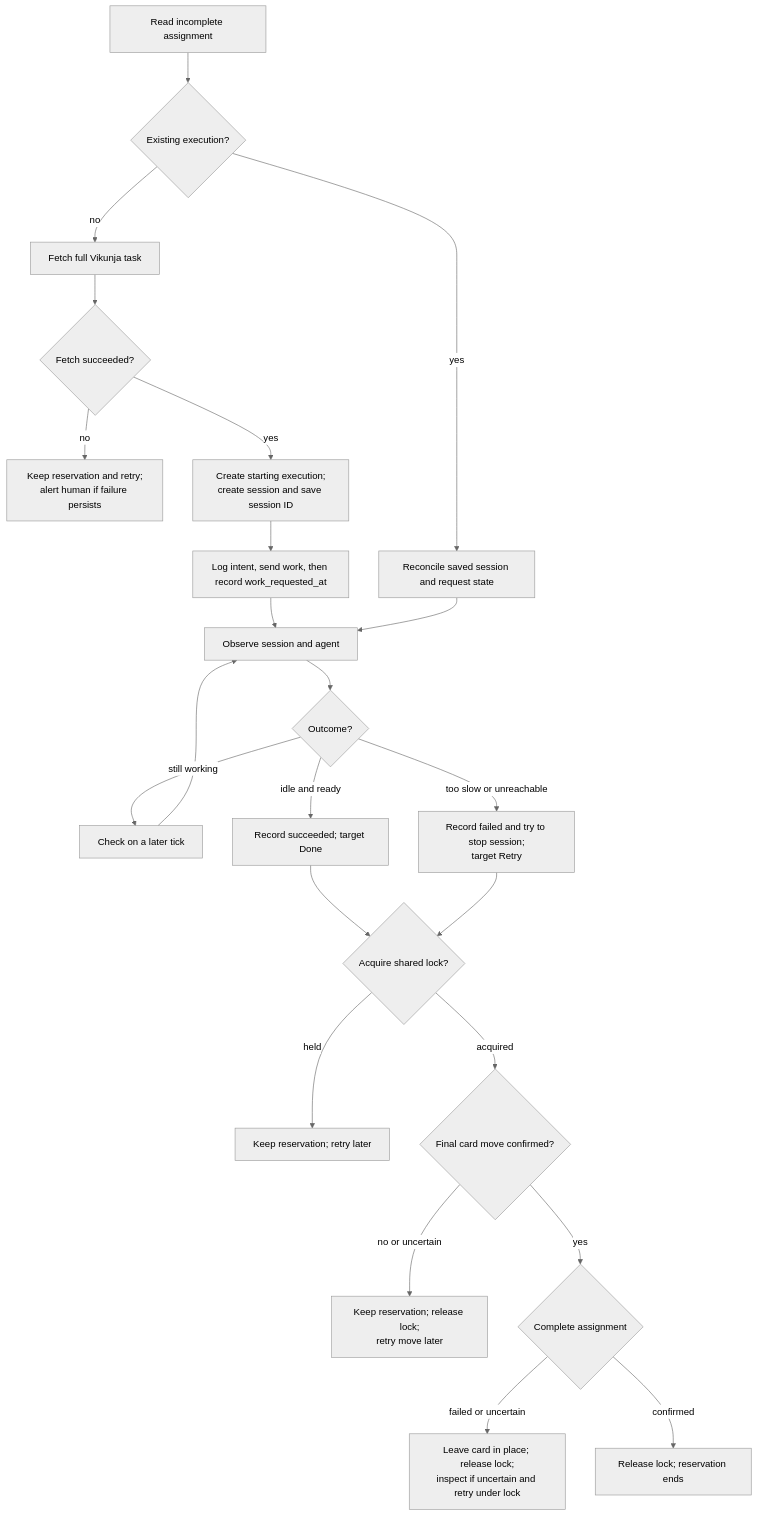
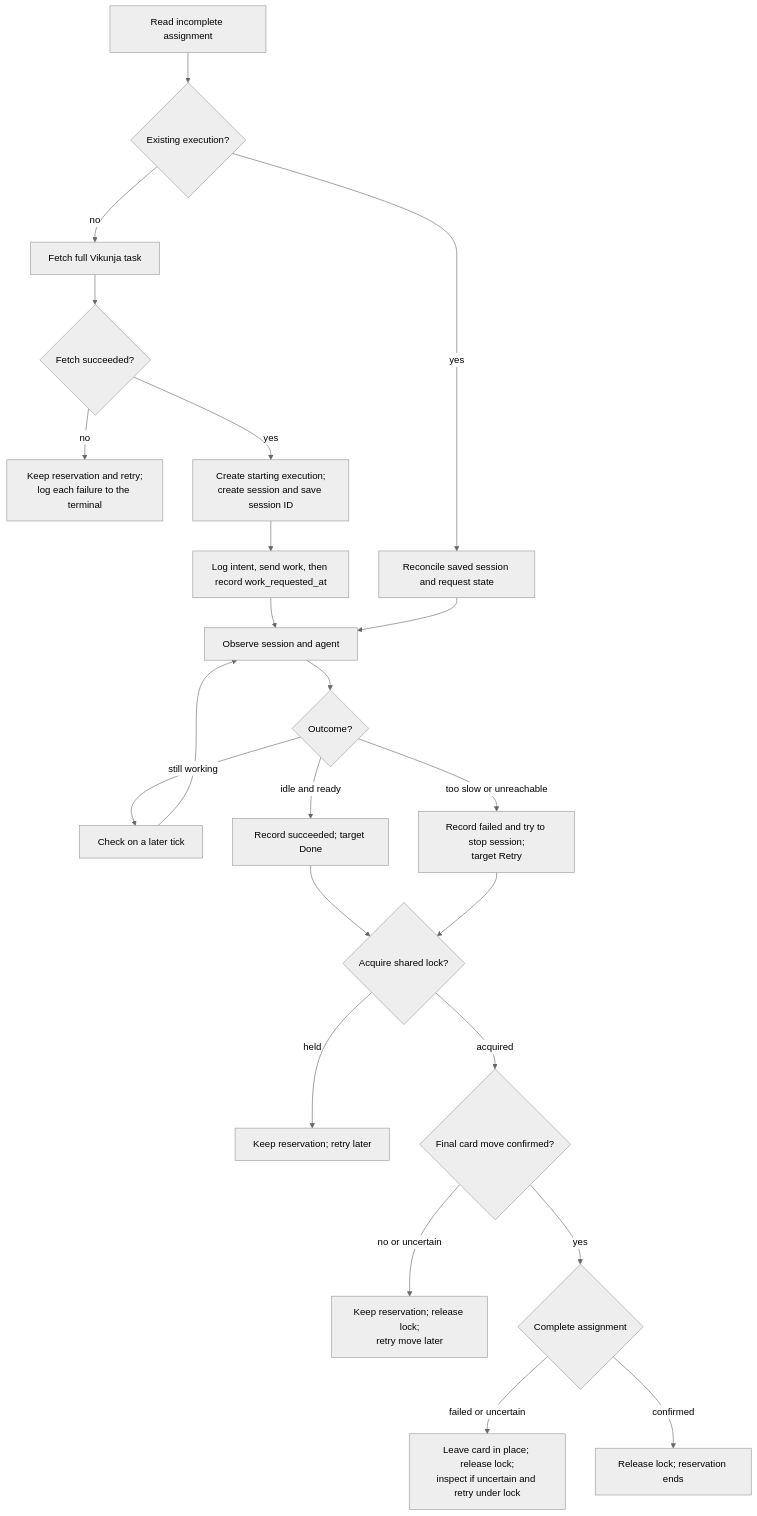
Before and after one commit to lgdelacruz92/agent-team: the second of 3 diagrams in agent-team/apps/agent-resource-manager/docs/flowchart.md, drawn with Mermaid (neutral theme). The commit also changed 10 other files, not shown here.

````diff
--- a/agent-team/apps/agent-resource-manager/docs/flowchart.md
+++ b/agent-team/apps/agent-resource-manager/docs/flowchart.md
@@ -29,25 +29,25 @@
 ```mermaid
 flowchart TD
     Start["Read incomplete assignment"] --> Check{"Existing execution?"}
     Check -->|"yes"| Recover["Reconcile saved session and request state"]
     Check -->|"no"| Fetch["Fetch full Vikunja task"]
     Fetch --> FetchOK{"Fetch succeeded?"}
-    FetchOK -->|"no"| FetchRetry["Keep reservation and retry;<br/>alert human if failure persists"]
+    FetchOK -->|"no"| FetchRetry["Keep reservation and retry;<br/>log each failure to the terminal"]
     FetchOK -->|"yes"| Create["Create starting execution;<br/>create session and save session ID"]
     Create --> Send["Log intent, send work, then record work_requested_at"]
     Send --> Observe["Observe session and agent"]
     Recover --> Observe
     Observe --> State{"Outcome?"}
     State -->|"still working"| Later["Check on a later tick"]
     Later --> Observe
     State -->|"idle and ready"| Success["Record succeeded; target Done"]
     State -->|"too slow or unreachable"| Fail["Record failed and try to stop session;<br/>target Retry"]
     Success --> Lock{"Acquire shared lock?"}
     Fail --> Lock
     Lock -->|"held"| Wait["Keep reservation; retry later"]
     Lock -->|"acquired"| Move{"Final card move confirmed?"}
     Move -->|"no or uncertain"| WaitRelease["Keep reservation; release lock;<br/>retry move later"]
     Move -->|"yes"| Complete{"Complete assignment"}
     Complete -->|"failed or uncertain"| DBRetry["Leave card in place; release lock;<br/>inspect if uncertain and retry under lock"]
     Complete -->|"confirmed"| Release["Release lock; reservation ends"]
 ```
````
